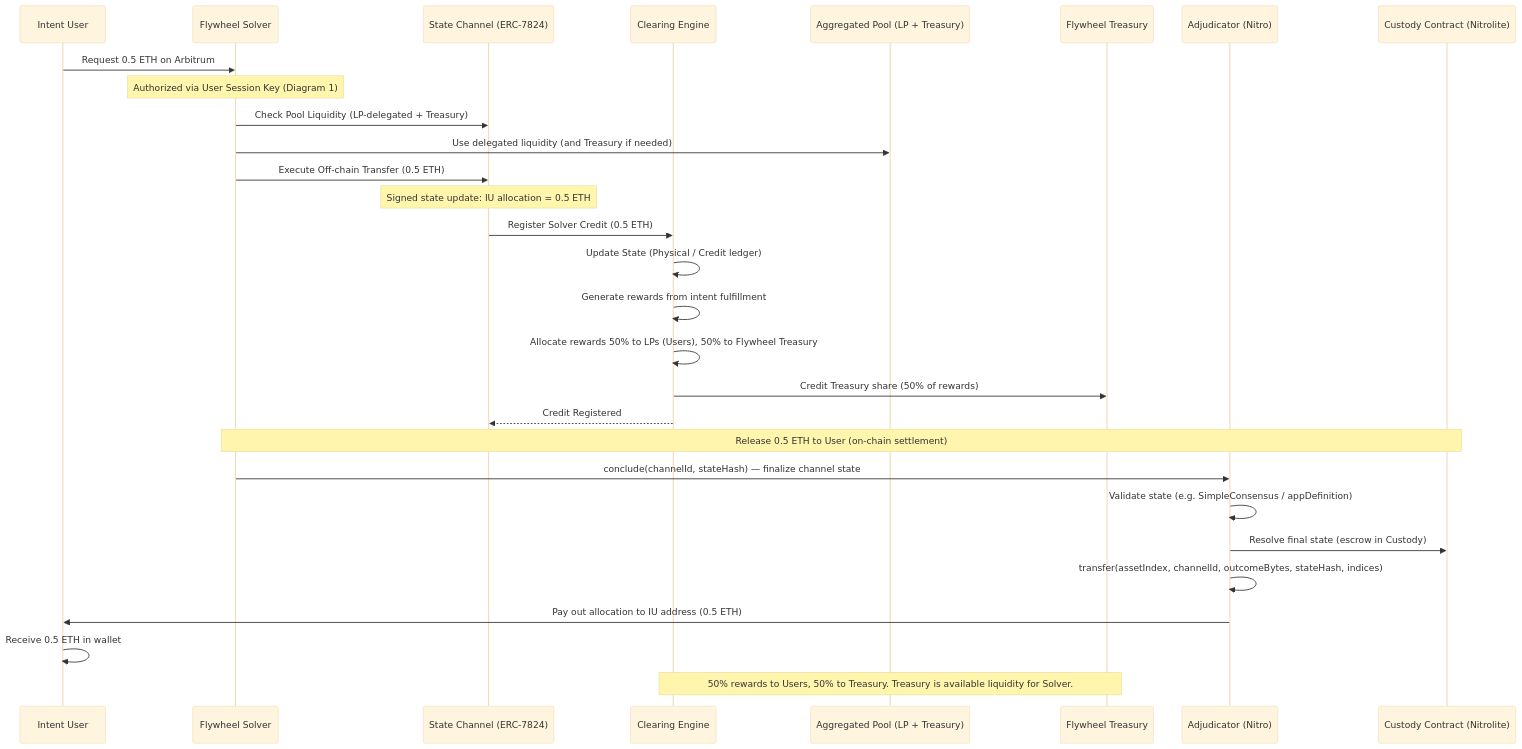
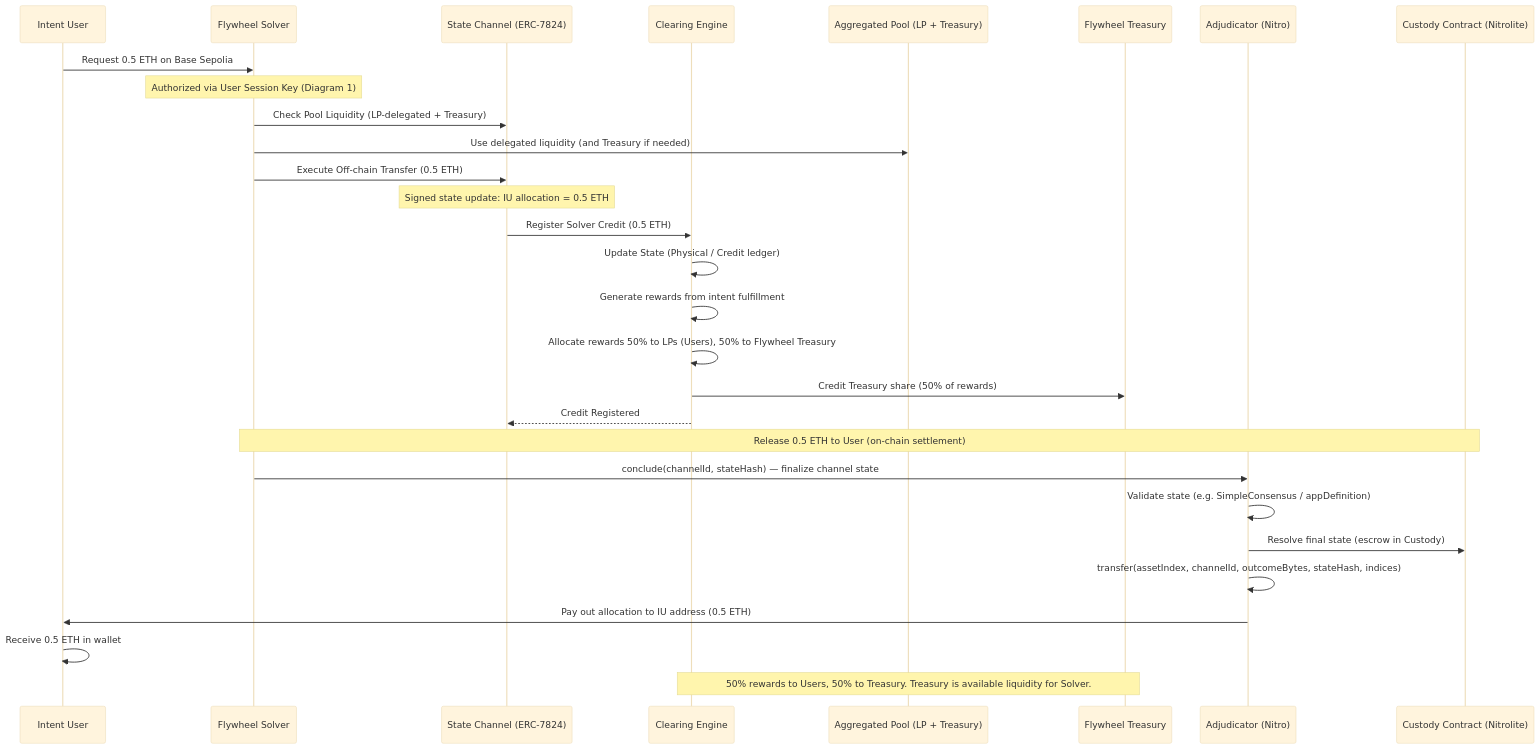
Before and after one commit to 0xarcano/UXWallet: the second of 3 diagrams in .context/sequence-diagrams.md, drawn with Mermaid (base theme). The commit also changed other lines of this file and 28 other files, not shown here.

````diff
--- a/.context/sequence-diagrams.md
+++ b/.context/sequence-diagrams.md
@@ -48,34 +48,34 @@
 ```mermaid
 sequenceDiagram
     participant IU as Intent User
     participant S as Flywheel Solver
     participant SC as State Channel (ERC-7824)
     participant CE as Clearing Engine
     participant Pool as Aggregated Pool (LP + Treasury)
     participant Treasury as Flywheel Treasury
     participant Adj as Adjudicator (Nitro)
     participant Custody as Custody Contract (Nitrolite)
 
-    IU->>S: Request 0.5 ETH on Arbitrum
+    IU->>S: Request 0.5 ETH on Base Sepolia
     Note over S: Authorized via User Session Key (Diagram 1)
     S->>SC: Check Pool Liquidity (LP-delegated + Treasury)
     S->>Pool: Use delegated liquidity (and Treasury if needed)
     S->>SC: Execute Off-chain Transfer (0.5 ETH)
     Note over SC: Signed state update: IU allocation = 0.5 ETH
     SC->>CE: Register Solver Credit (0.5 ETH)
     CE->>CE: Update State (Physical / Credit ledger)
     CE->>CE: Generate rewards from intent fulfillment
     CE->>CE: Allocate rewards 50% to LPs (Users), 50% to Flywheel Treasury
     CE->>Treasury: Credit Treasury share (50% of rewards)
     CE-->>SC: Credit Registered
 
     Note over S,Custody: Release 0.5 ETH to User (on-chain settlement)
     S->>Adj: conclude(channelId, stateHash) — finalize channel state
     Adj->>Adj: Validate state (e.g. SimpleConsensus / appDefinition)
     Adj->>Custody: Resolve final state (escrow in Custody)
     Adj->>Adj: transfer(assetIndex, channelId, outcomeBytes, stateHash, indices)
     Adj->>IU: Pay out allocation to IU address (0.5 ETH)
     IU->>IU: Receive 0.5 ETH in wallet
 
     Note over CE,Treasury: 50% rewards to Users, 50% to Treasury. Treasury is available liquidity for Solver.
 ```
````
